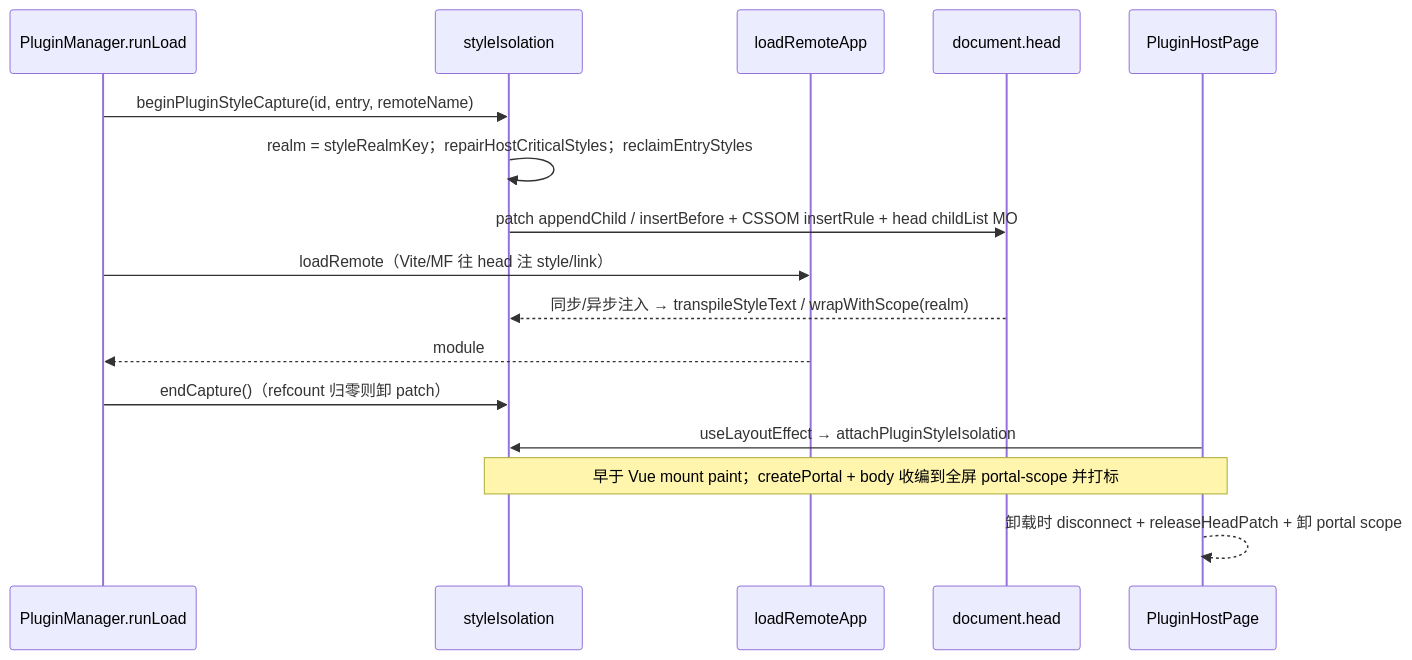
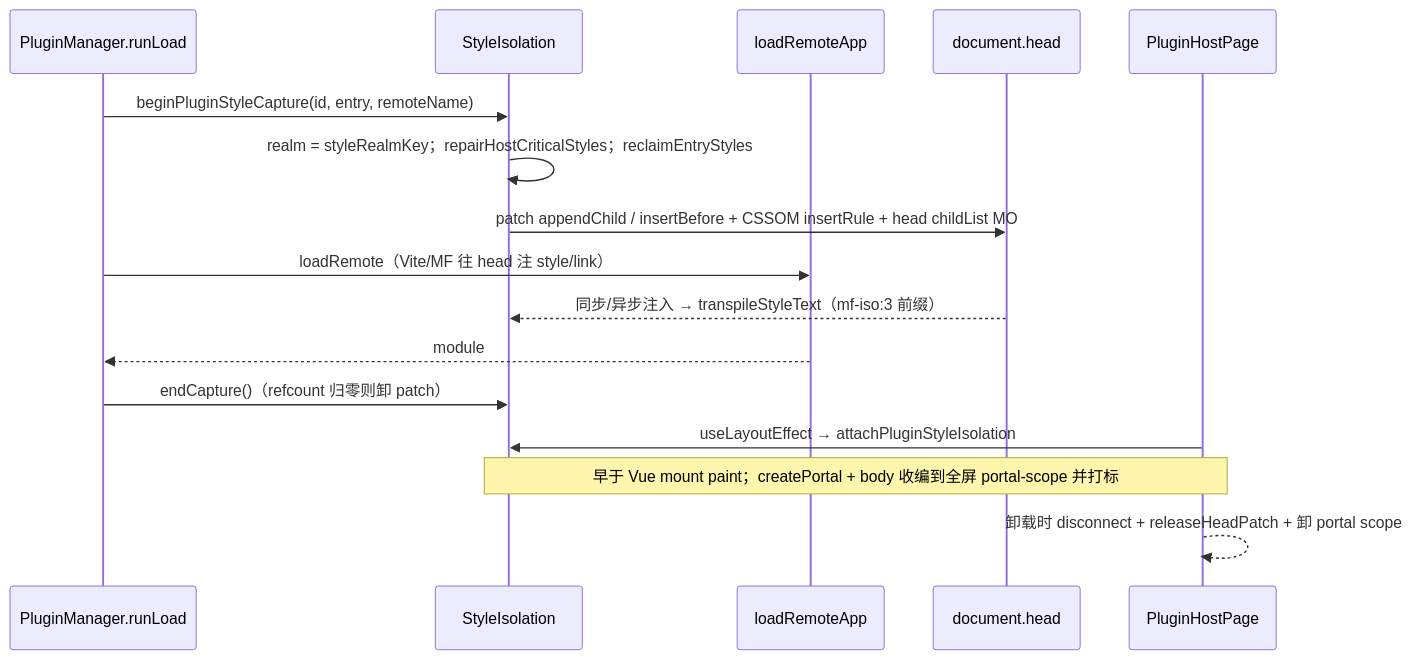
Before and after one commit to dnhyxc/dnhyxc-ai: the first of 8 diagrams in apps/frontend/src/plugins/docs/mf-implementation-guide.md, drawn with Mermaid. The commit also changed other lines of this file and 54 other files, not shown here.

````diff
--- a/apps/frontend/src/plugins/docs/mf-implementation-guide.md
+++ b/apps/frontend/src/plugins/docs/mf-implementation-guide.md
@@ -2212,19 +2212,19 @@
 ```mermaid
 sequenceDiagram
   participant PM as PluginManager.runLoad
-  participant SI as styleIsolation
+  participant SI as StyleIsolation
   participant MF as loadRemoteApp
   participant Head as document.head
   participant Page as PluginHostPage
 
   PM->>SI: beginPluginStyleCapture(id, entry, remoteName)
   SI->>SI: realm = styleRealmKey；repairHostCriticalStyles；reclaimEntryStyles
   SI->>Head: patch appendChild / insertBefore + CSSOM insertRule + head childList MO
   PM->>MF: loadRemote（Vite/MF 往 head 注 style/link）
-  Head-->>SI: 同步/异步注入 → transpileStyleText / wrapWithScope(realm)
+  Head-->>SI: 同步/异步注入 → transpileStyleText（mf-iso:3 前缀）
   MF-->>PM: module
   PM->>SI: endCapture()（refcount 归零则卸 patch）
   Page->>SI: useLayoutEffect → attachPluginStyleIsolation
   Note over Page,SI: 早于 Vue mount paint；createPortal + body 收编到全屏 portal-scope 并打标
   Page-->>Page: 卸载时 disconnect + releaseHeadPatch + 卸 portal scope
 ```
````
